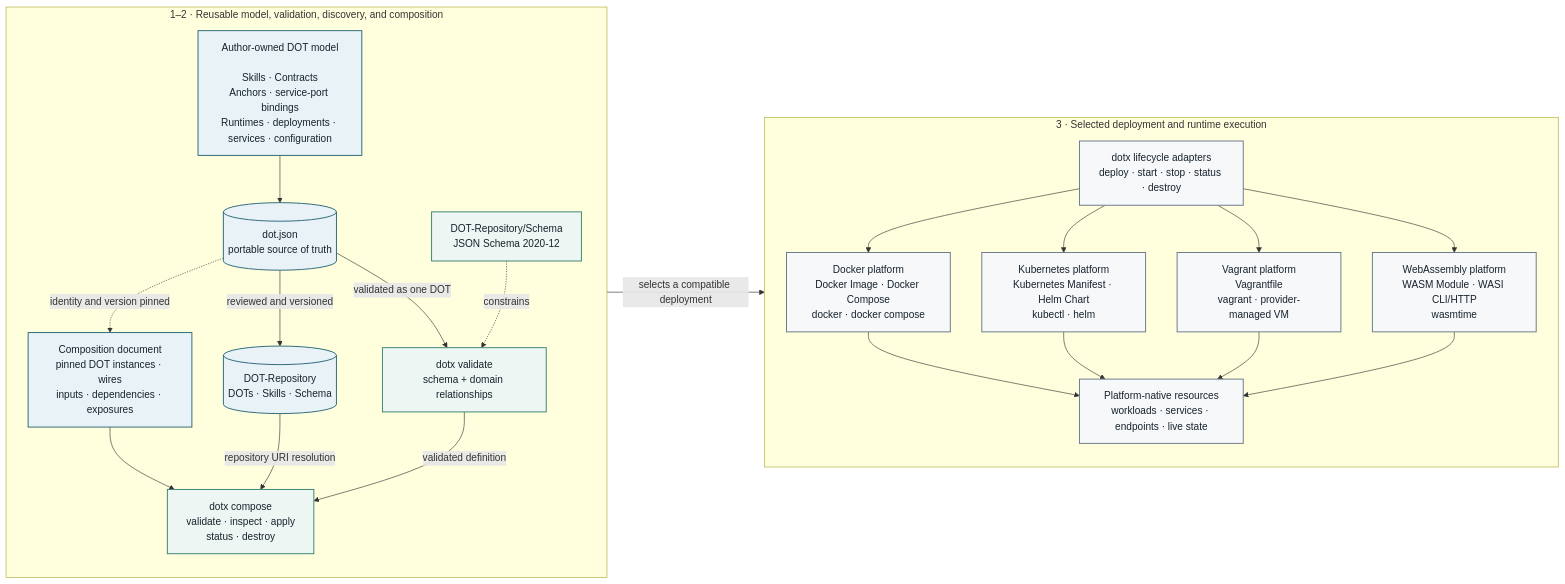
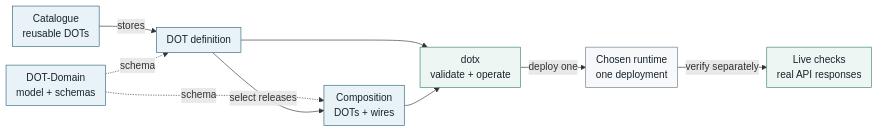
The diagram in DOT-Design/next/dot-design/_attachments/diagrams/dot-system-context.mmd (MARE-EU-Project/DOT-Docs), drawn with Mermaid before and after one commit. The commit also changed 14 other files, not shown here.

Commit message:
docs: publish MARE-EU-Project/DOT-Design@06207a9ec7b66672c30662bcdda0c8d40c7d0125

```diff
--- a/DOT-Design/next/dot-design/_attachments/diagrams/dot-system-context.mmd
+++ b/DOT-Design/next/dot-design/_attachments/diagrams/dot-system-context.mmd
@@ -1,52 +1,34 @@
+---
+config:
+  flowchart:
+    nodeSpacing: 25
+    rankSpacing: 25
+    padding: 8
+---
 flowchart LR
-  accTitle: DOT-Design system context and supported runtime mappings
-  accDescr: DOT authors combine capabilities, contracts, anchors, service bindings, configuration, and runtime declarations in dot.json. DOT-Repository co-versions definitions, the generated schema, and high-level skill classifications; dotx validates the reusable definition, and a separate composition pins instances and wires. The dotx lifecycle layer deploys Docker images, Docker Compose, Kubernetes manifests, Helm charts, Vagrantfiles, and SHA-256-pinned WebAssembly modules through Wasmtime and WASI.
+  accTitle: From a reusable DOT to a verified deployment
+  accDescr: DOT-Domain generates the schemas. The catalogue stores reusable DOT definitions. A composition selects exact DOT releases and connects their Anchors. dotx validates the declarations and operates selected deployments. Live API checks are separate evidence, not a consequence of valid declarations.
 
-  subgraph DesignTime["1–2 · Reusable model, validation, discovery, and composition"]
-    direction TB
-    Authored["Author-owned DOT model<br/><br/>Skills · Contracts<br/>Anchors · service-port bindings<br/>Runtimes · deployments · services · configuration"]
-    Dot[("dot.json<br/>portable source of truth")]
-    Authored --> Dot
+  Domain["DOT-Domain<br/>model + schemas"]
+  Catalogue["Catalogue<br/>reusable DOTs"]
+  Dot["DOT definition"]
+  Composition["Composition<br/>DOTs + wires"]
+  CLI["dotx<br/>validate + operate"]
+  Runtime["Chosen runtime<br/>one deployment"]
+  Evidence["Live checks<br/>real API responses"]
 
-    Schema["DOT-Repository/Schema<br/>JSON Schema 2020-12"] -.->|constrains| Validation["dotx validate<br/>schema + domain relationships"]
-    Repository[("DOT-Repository<br/>DOTs · Skills · Schema")]
-    Document["Composition document<br/>pinned DOT instances · wires<br/>inputs · dependencies · exposures"]
-    Compose["dotx compose<br/>validate · inspect · apply<br/>status · destroy"]
+  Catalogue -->|stores| Dot
+  Domain -.->|schema| Dot
+  Domain -.->|schema| Composition
+  Dot -->|select releases| Composition
+  Dot --> CLI
+  Composition --> CLI
+  CLI -->|deploy one| Runtime
+  Runtime -->|verify separately| Evidence
 
-    Dot -->|validated as one DOT| Validation
-    Dot -->|reviewed and versioned| Repository
-    Dot -.->|identity and version pinned| Document
-    Document --> Compose
-    Validation -->|validated definition| Compose
-    Repository -->|repository URI resolution| Compose
-  end
-
-  subgraph Execution["3 · Selected deployment and runtime execution"]
-    direction TB
-    Adapters["dotx lifecycle adapters<br/>deploy · start · stop · status · destroy"]
-    Docker["Docker platform<br/>Docker Image · Docker Compose<br/>docker · docker compose"]
-    Kubernetes["Kubernetes platform<br/>Kubernetes Manifest · Helm Chart<br/>kubectl · helm"]
-    Vagrant["Vagrant platform<br/>Vagrantfile<br/>vagrant · provider-managed VM"]
-    Wasm["WebAssembly platform<br/>WASM Module · WASI CLI/HTTP<br/>wasmtime"]
-    Native["Platform-native resources<br/>workloads · services · endpoints · live state"]
-
-    Adapters --> Docker
-    Adapters --> Kubernetes
-    Adapters --> Vagrant
-    Adapters --> Wasm
-    Docker --> Native
-    Kubernetes --> Native
-    Vagrant --> Native
-    Wasm --> Native
-  end
-
-  DesignTime -->|selects a compatible deployment| Execution
-
-  classDef artifact fill:#e8f2f7,stroke:#2b6777,color:#17232d,stroke-width:1.5px;
-  classDef service fill:#eef6f3,stroke:#39826f,color:#17232d,stroke-width:1.5px;
-  classDef runtime fill:#f6f8fa,stroke:#687887,color:#17232d,stroke-width:1.5px;
-  classDef pending fill:#fff7d6,stroke:#b7791f,color:#3d2b0a,stroke-width:1.5px,stroke-dasharray:5 4;
-  class Authored,Dot,Document artifact;
-  class Schema,Validation,Compose service;
-  class Repository artifact;
-  class Adapters,Docker,Kubernetes,Vagrant,Wasm,Native runtime;
+  classDef definition fill:#e8f2f7,stroke:#2b6777,color:#17232d;
+  classDef operation fill:#eef6f3,stroke:#39826f,color:#17232d;
+  classDef runtime fill:#f6f8fa,stroke:#687887,color:#17232d;
+  class Domain,Catalogue,Dot,Composition definition;
+  class CLI,Evidence operation;
+  class Runtime runtime;
```
